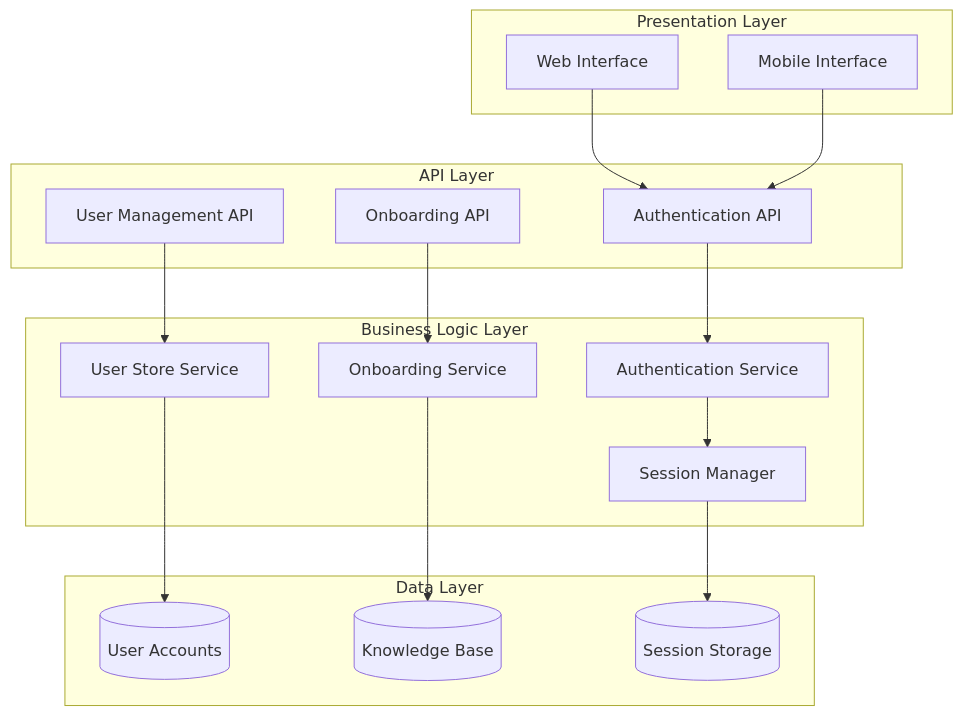
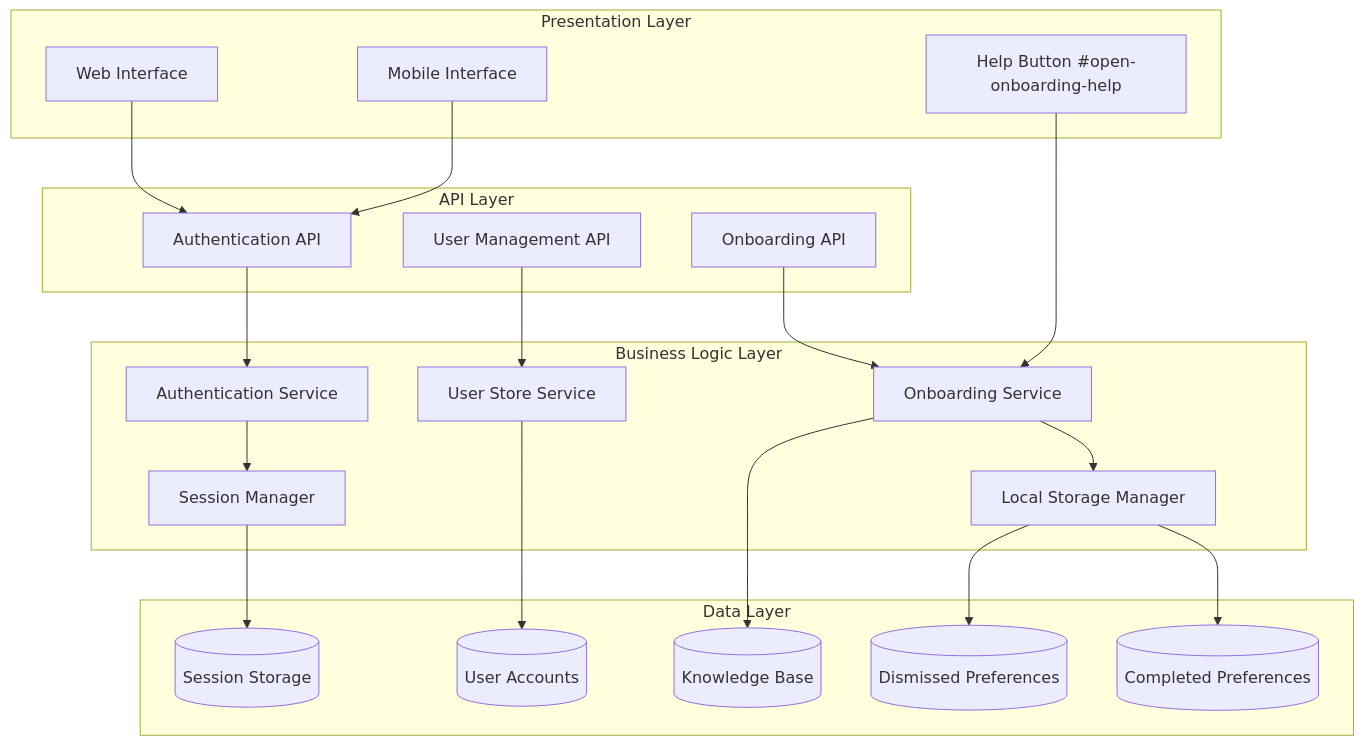
Before and after one commit to intellistream/sage-mate: the first of 5 diagrams in .qoder/repowiki/en/content/Core Components/User Onboarding System.md, drawn with Mermaid. The commit also changed other lines of this file and 53 other files, not shown here.

First line of the commit message:
chore: update ROADMAP and changelog for v4.1.0–v4.2.5, frontend UX fixes

````diff
--- a/.qoder/repowiki/en/content/Core Components/User Onboarding System.md
+++ b/.qoder/repowiki/en/content/Core Components/User Onboarding System.md
@@ -40,32 +52,40 @@
 ```mermaid
 graph TB
 subgraph "Presentation Layer"
 UI[Web Interface]
 Mobile[Mobile Interface]
+HelpButton[Help Button #open-onboarding-help]
 end
 subgraph "API Layer"
 AuthAPI[Authentication API]
 UserAPI[User Management API]
 OnboardingAPI[Onboarding API]
 end
 subgraph "Business Logic Layer"
 AuthService[Authentication Service]
 UserStore[User Store Service]
 OnboardingService[Onboarding Service]
 SessionManager[Session Manager]
+LocalStorage[Local Storage Manager]
 end
 subgraph "Data Layer"
 UserDatabase[(User Accounts)]
 KnowledgeBase[(Knowledge Base)]
 SessionStore[(Session Storage)]
+DismissedPrefs[(Dismissed Preferences)]
+CompletedPrefs[(Completed Preferences)]
 end
 UI --> AuthAPI
 Mobile --> AuthAPI
+HelpButton --> OnboardingService
 AuthAPI --> AuthService
 UserAPI --> UserStore
 OnboardingAPI --> OnboardingService
 AuthService --> SessionManager
 UserStore --> UserDatabase
 OnboardingService --> KnowledgeBase
 SessionManager --> SessionStore
+OnboardingService --> LocalStorage
+LocalStorage --> DismissedPrefs
+LocalStorage --> CompletedPrefs
 ```
````
